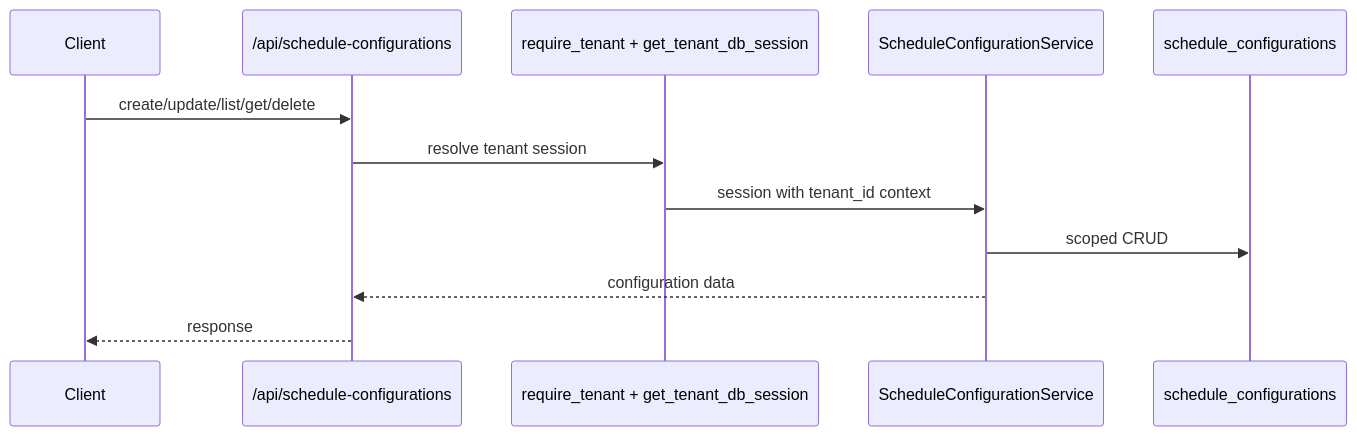
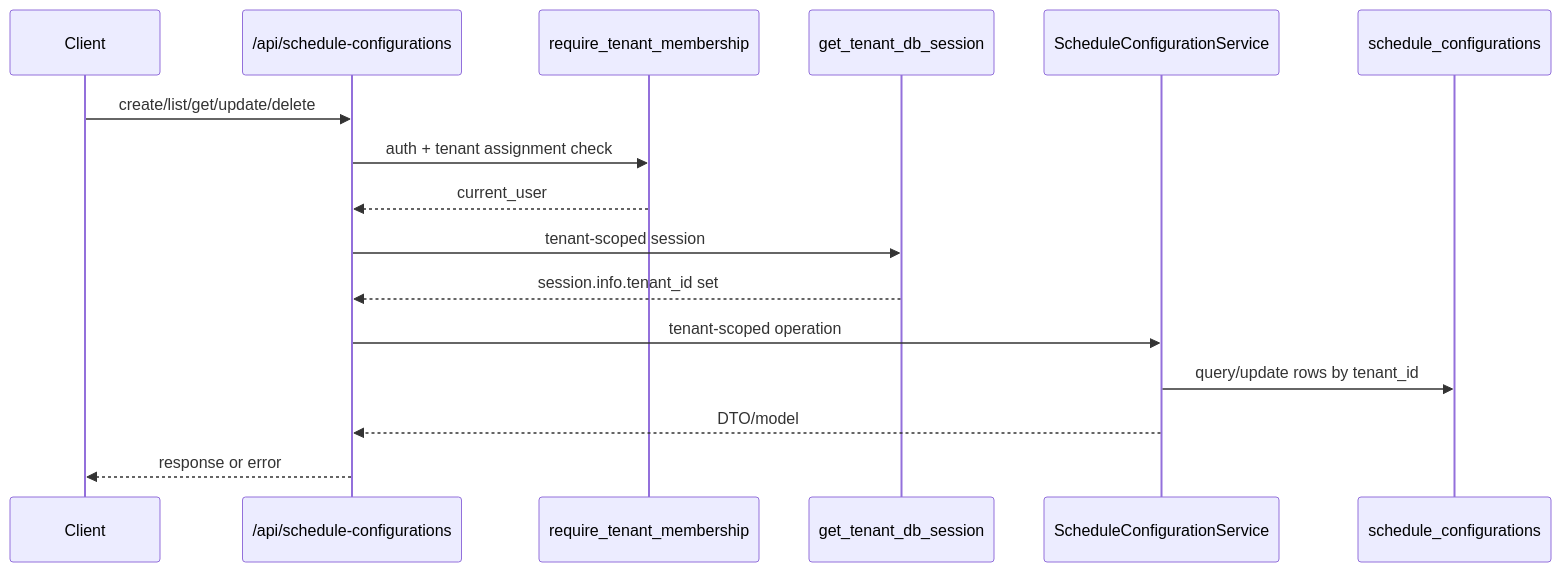
The first of 2 diagrams in docs/features/schedule-config.md (adriangpo/mindflow-api), drawn with Mermaid before and after one commit. The commit also changed other lines of this file and 5 other files, not shown here.

````diff
--- a/docs/features/schedule-config.md
+++ b/docs/features/schedule-config.md
@@ -7,15 +28,19 @@
 ```mermaid
 sequenceDiagram
     participant Client
     participant Router as /api/schedule-configurations
-    participant TenantDep as require_tenant + get_tenant_db_session
+    participant Guard as require_tenant_membership
+    participant TenantDB as get_tenant_db_session
     participant Service as ScheduleConfigurationService
     participant DB as schedule_configurations
 
-    Client->>Router: create/update/list/get/delete
-    Router->>TenantDep: resolve tenant session
-    TenantDep->>Service: session with tenant_id context
-    Service->>DB: scoped CRUD
-    Service-->>Router: configuration data
-    Router-->>Client: response
+    Client->>Router: create/list/get/update/delete
+    Router->>Guard: auth + tenant assignment check
+    Guard-->>Router: current_user
+    Router->>TenantDB: tenant-scoped session
+    TenantDB-->>Router: session.info.tenant_id set
+    Router->>Service: tenant-scoped operation
+    Service->>DB: query/update rows by tenant_id
+    Service-->>Router: DTO/model
+    Router-->>Client: response or error
 ```
````
